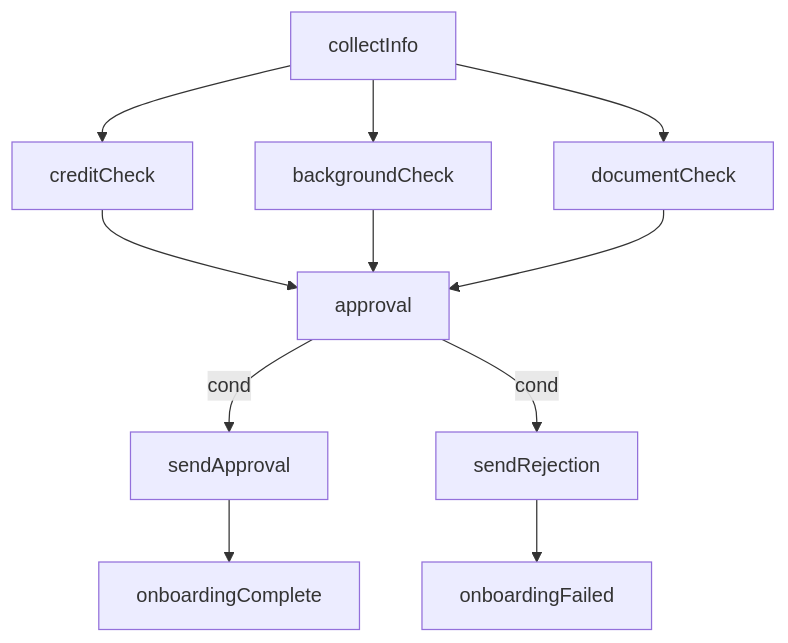
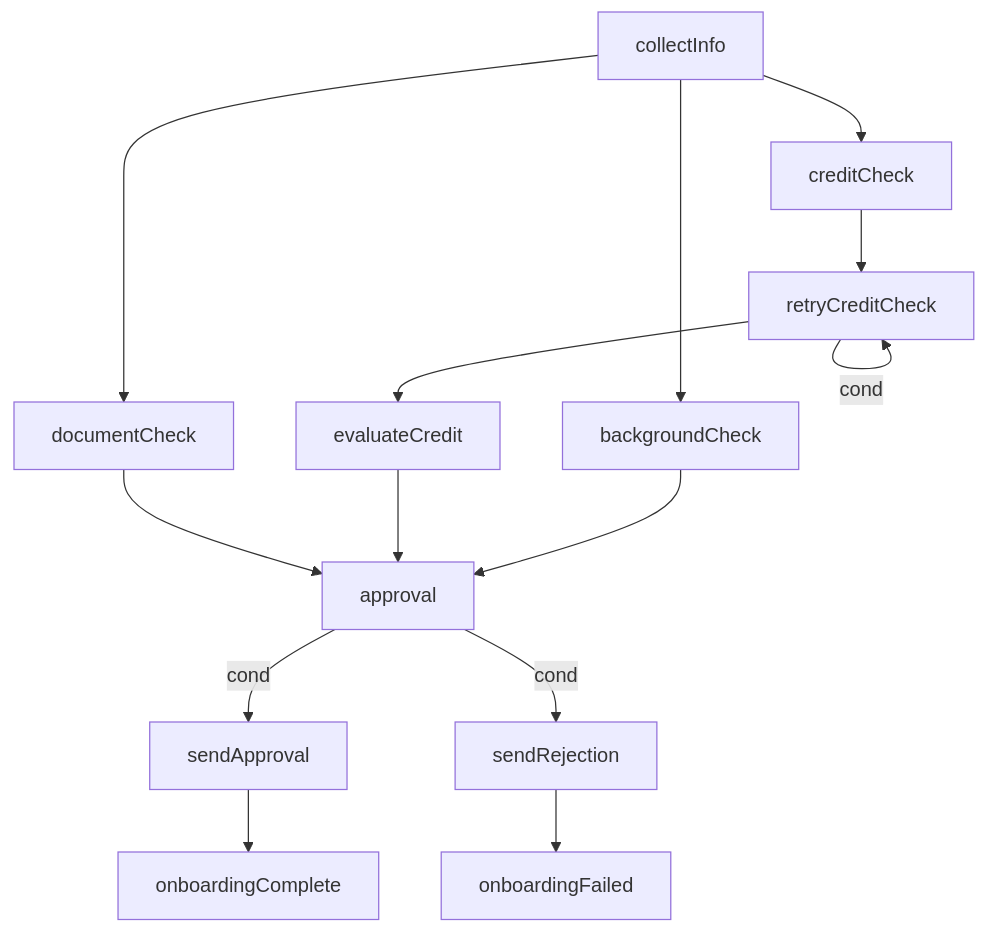
One commit to zkep/flow changed the second of 4 diagrams in README-zh.md. Above: the diagram before and after it, drawn with Mermaid. The commit also changed other lines of this file and 14 other files, not shown here.

````diff
--- a/README-zh.md
+++ b/README-zh.md
@@ -533,14 +531,16 @@
 ```mermaid
 graph TD
-
-    sendRejection --> onboardingFailed
-    collectInfo --> creditCheck
-    collectInfo --> backgroundCheck
-    collectInfo --> documentCheck
-    creditCheck --> approval
-    backgroundCheck --> approval
     documentCheck --> approval
     approval --> |cond|sendApproval
     approval --> |cond|sendRejection
     sendApproval --> onboardingComplete
+    collectInfo --> creditCheck
+    collectInfo --> backgroundCheck
+    collectInfo --> documentCheck
+    creditCheck --> retryCreditCheck
+    retryCreditCheck --> |cond|retryCreditCheck
+    retryCreditCheck --> evaluateCredit
+    evaluateCredit --> approval
+    backgroundCheck --> approval
+    sendRejection --> onboardingFailed
 ```
````
